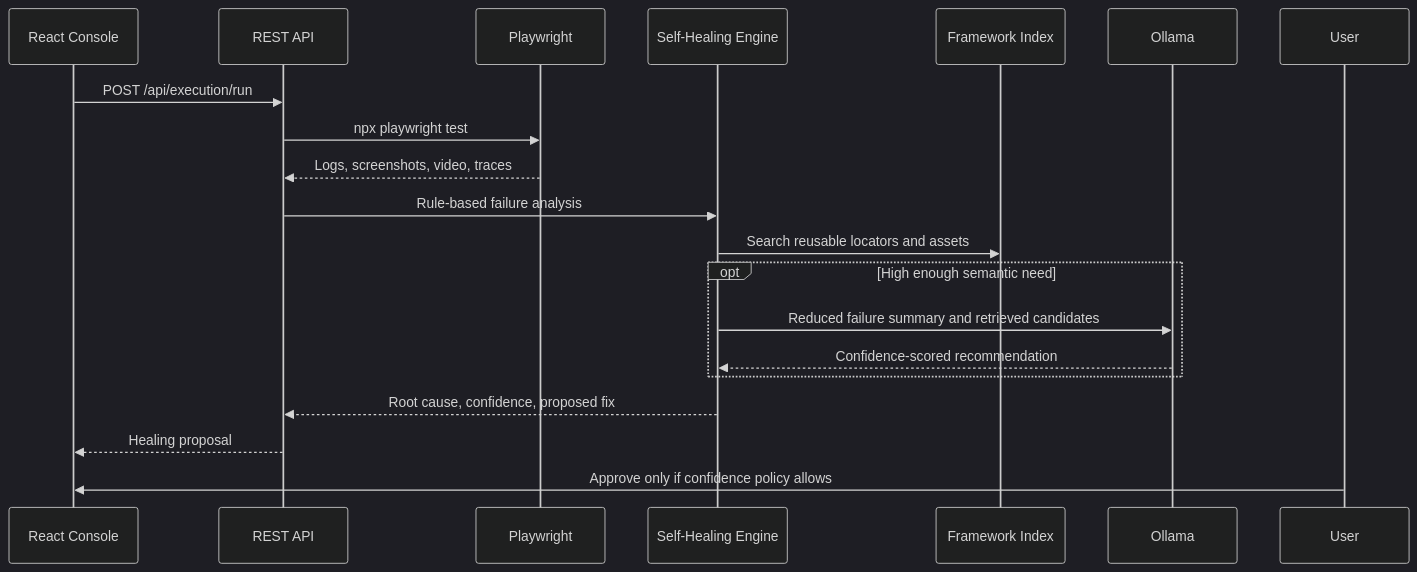
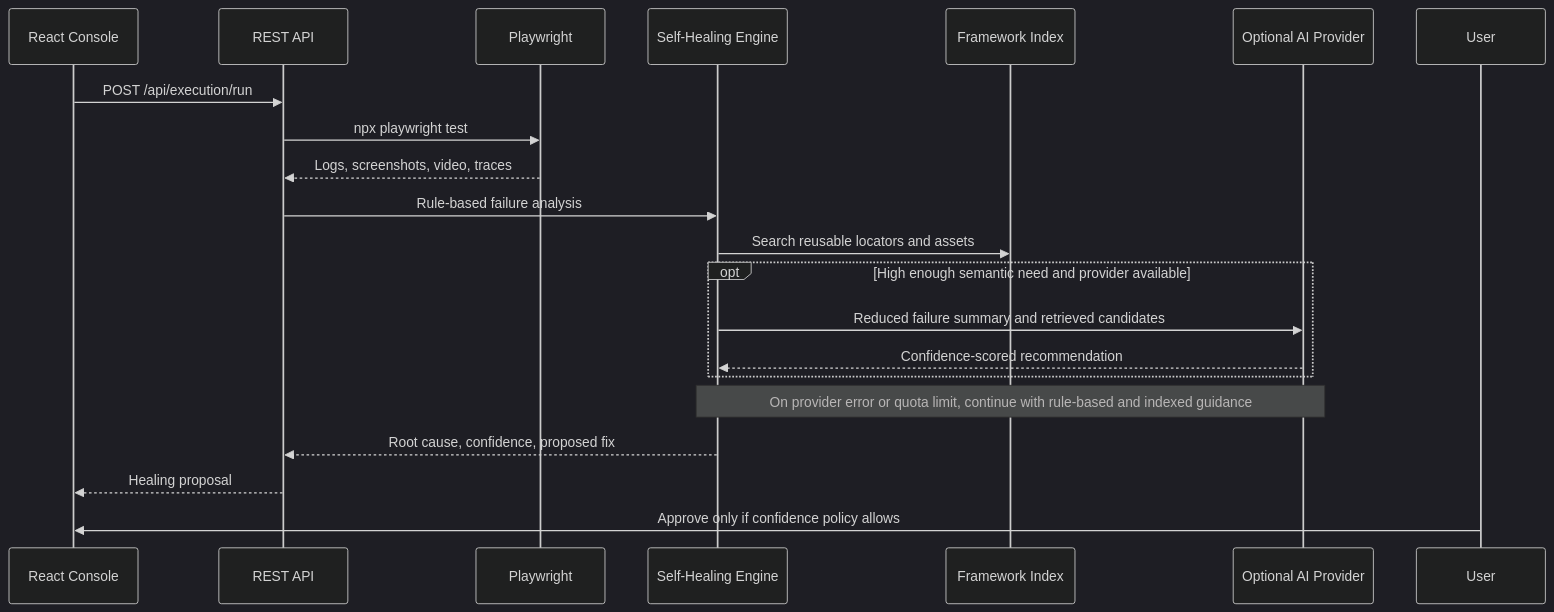
Before and after one commit to pavankumarh14/EndToEndPlayWrightAutomationTool: the diagram in docs/diagrams/self-healing-flow.md, drawn with Mermaid (dark theme). The commit also changed other lines of this file and 26 other files, not shown here.

````diff
--- a/docs/diagrams/self-healing-flow.md
+++ b/docs/diagrams/self-healing-flow.md
@@ -3,23 +3,24 @@
 ```mermaid
 sequenceDiagram
   participant UI as React Console
   participant API as REST API
   participant PW as Playwright
   participant HEAL as Self-Healing Engine
   participant IDX as Framework Index
-  participant AI as Ollama
+  participant AI as Optional AI Provider
   participant U as User
 
   UI->>API: POST /api/execution/run
   API->>PW: npx playwright test
   PW-->>API: Logs, screenshots, video, traces
   API->>HEAL: Rule-based failure analysis
   HEAL->>IDX: Search reusable locators and assets
-  opt High enough semantic need
+  opt High enough semantic need and provider available
     HEAL->>AI: Reduced failure summary and retrieved candidates
     AI-->>HEAL: Confidence-scored recommendation
   end
+  Note over HEAL,AI: On provider error or quota limit, continue with rule-based and indexed guidance
   HEAL-->>API: Root cause, confidence, proposed fix
   API-->>UI: Healing proposal
   U->>UI: Approve only if confidence policy allows
 ```
````
